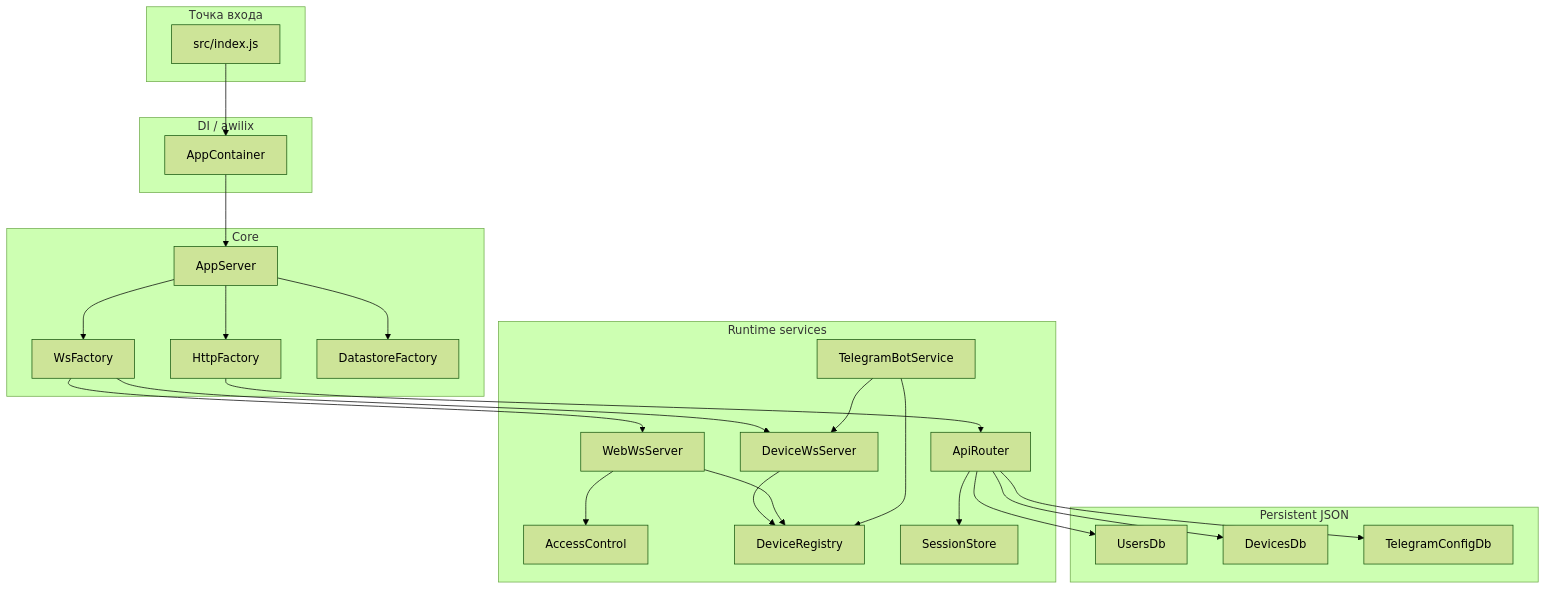
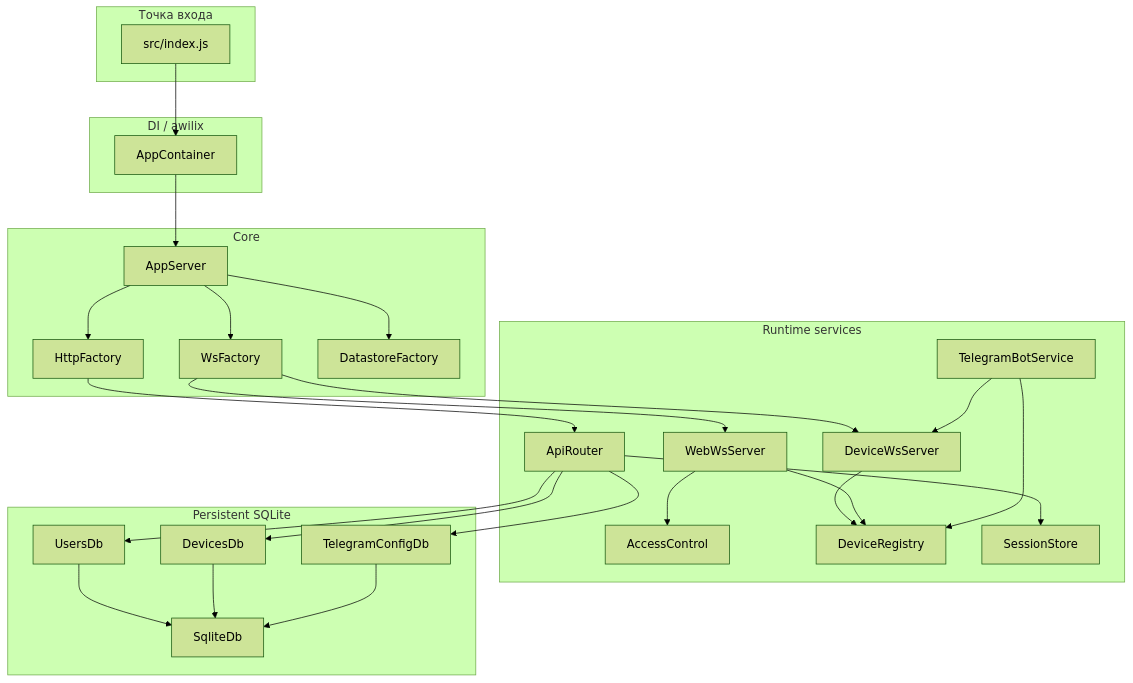
The diagram in AGENTS.md (Denisov-Foundation-Limited/plc-cloud), drawn with Mermaid (forest theme) before and after one commit. The commit also changed other lines of this file and 27 other files, not shown here.

````diff
--- a/AGENTS.md
+++ b/AGENTS.md
@@ -30,51 +30,55 @@
 ```mermaid
 flowchart TB
     subgraph Entry["Точка входа"]
         IDX["src/index.js"]
     end
 
     subgraph DI["DI / awilix"]
         CTN["AppContainer"]
     end
 
     subgraph Core["Core"]
         APP["AppServer"]
         HTTP["HttpFactory"]
         WSF["WsFactory"]
         DSF["DatastoreFactory"]
     end
 
     subgraph Runtime["Runtime services"]
         API["ApiRouter"]
         WWS["WebWsServer"]
         DWS["DeviceWsServer"]
         TGB["TelegramBotService"]
         ACL["AccessControl"]
         REG["DeviceRegistry"]
         SES["SessionStore"]
     end
 
-    subgraph DB["Persistent JSON"]
+    subgraph DB["Persistent SQLite"]
         UDB["UsersDb"]
         DDB["DevicesDb"]
         TDB["TelegramConfigDb"]
+        SDB["SqliteDb"]
     end
 
     IDX --> CTN
     CTN --> APP
     APP --> DSF
     APP --> HTTP
     APP --> WSF
     HTTP --> API
     WSF --> WWS
     WSF --> DWS
     API --> UDB
     API --> DDB
     API --> TDB
+    UDB --> SDB
+    DDB --> SDB
+    TDB --> SDB
     API --> SES
     WWS --> ACL
     DWS --> REG
     WWS --> REG
     TGB --> REG
     TGB --> DWS
 ```
````
